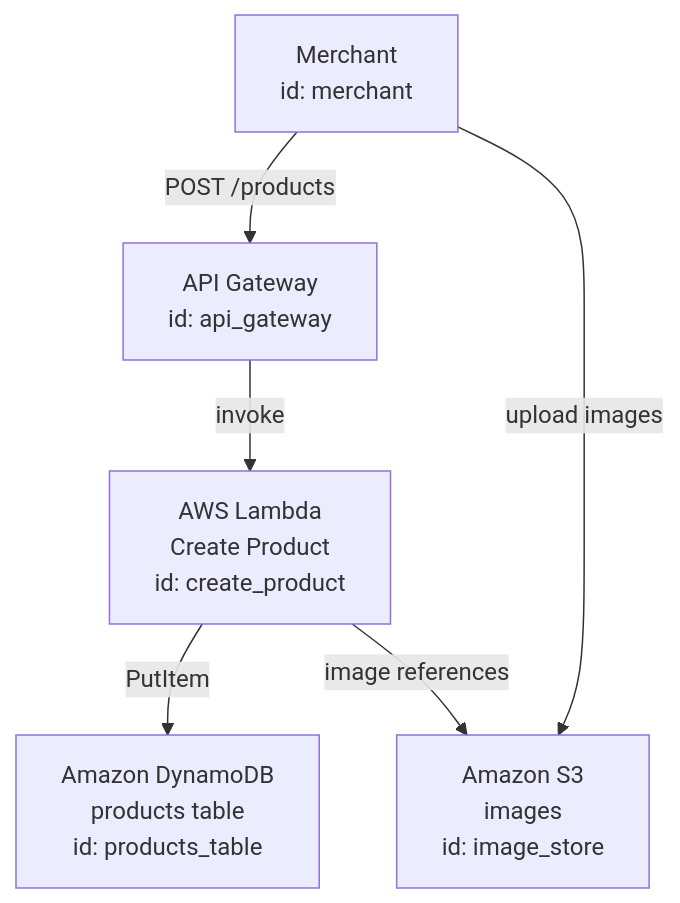
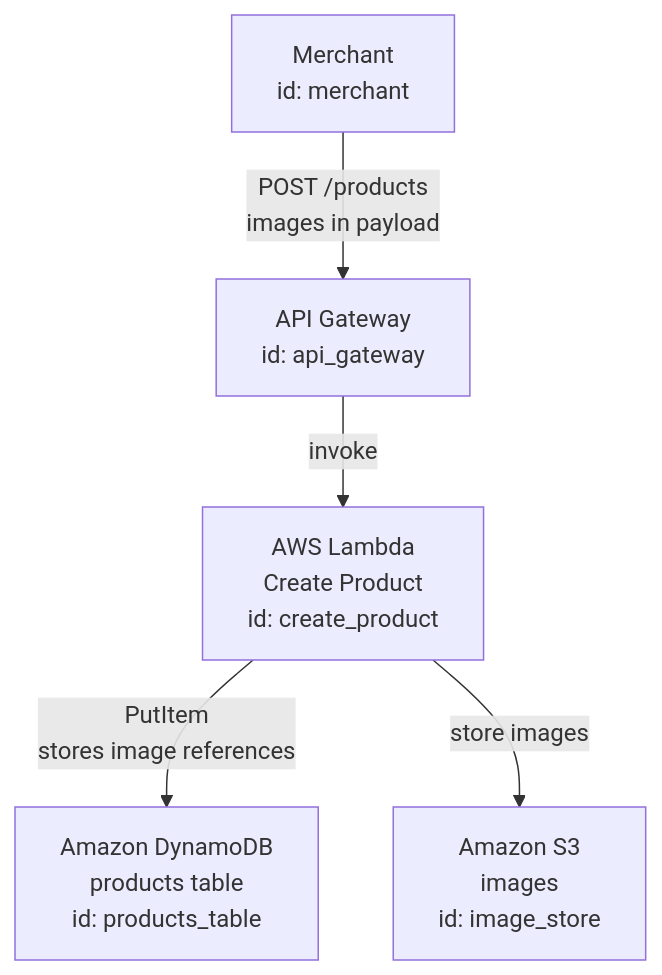
The diagram in diagrams/00-system.mmd (yamid-granda/aws-marketplace-study), drawn with Mermaid before and after one commit. The commit also changed 2 other files, not shown here.

```diff
--- a/diagrams/00-system.mmd
+++ b/diagrams/00-system.mmd
@@ -1,31 +1,30 @@
 %% AWS Marketplace — system design flow.
 %% Ref: docs/system.md -> "Specified"
 %% 
 %% Create Product is the only feature so far, so the whole system design fits
 %% one diagram. When features are added, extend this file and split only once
 %% it stops being legible — see diagrams/README.md -> "When to split".
 %% 
 %% Provenance: solid = specified by the owner. Every node here is specified.
 %% If a future feature adds an undecided part, mark it with
 %%   classDef notspecified stroke-width:2px,stroke:#b45309,stroke-dasharray: 2 2
 %%   class that_node notspecified
 %% so a guess can never render as solid. See diagrams/README.md -> "Provenance".
 
 flowchart TB
 
   merchant["Merchant<br/>id: merchant"]
 
   api_gateway["API Gateway<br/>id: api_gateway"]
 
   create_product["AWS Lambda<br/>Create Product<br/>id: create_product"]
 
   products_table["Amazon DynamoDB<br/>products table<br/>id: products_table"]
 
   image_store["Amazon S3<br/>images<br/>id: image_store"]
 
-  merchant -- "POST /products" --> api_gateway
+  merchant -- "POST /products<br/>images in payload" --> api_gateway
   api_gateway -- "invoke" --> create_product
-  create_product -- "PutItem" --> products_table
+  create_product -- "PutItem<br/>stores image references" --> products_table
 
-  merchant -- "upload images" --> image_store
-  create_product -- "image references" --> image_store
+  create_product -- "store images" --> image_store
```
